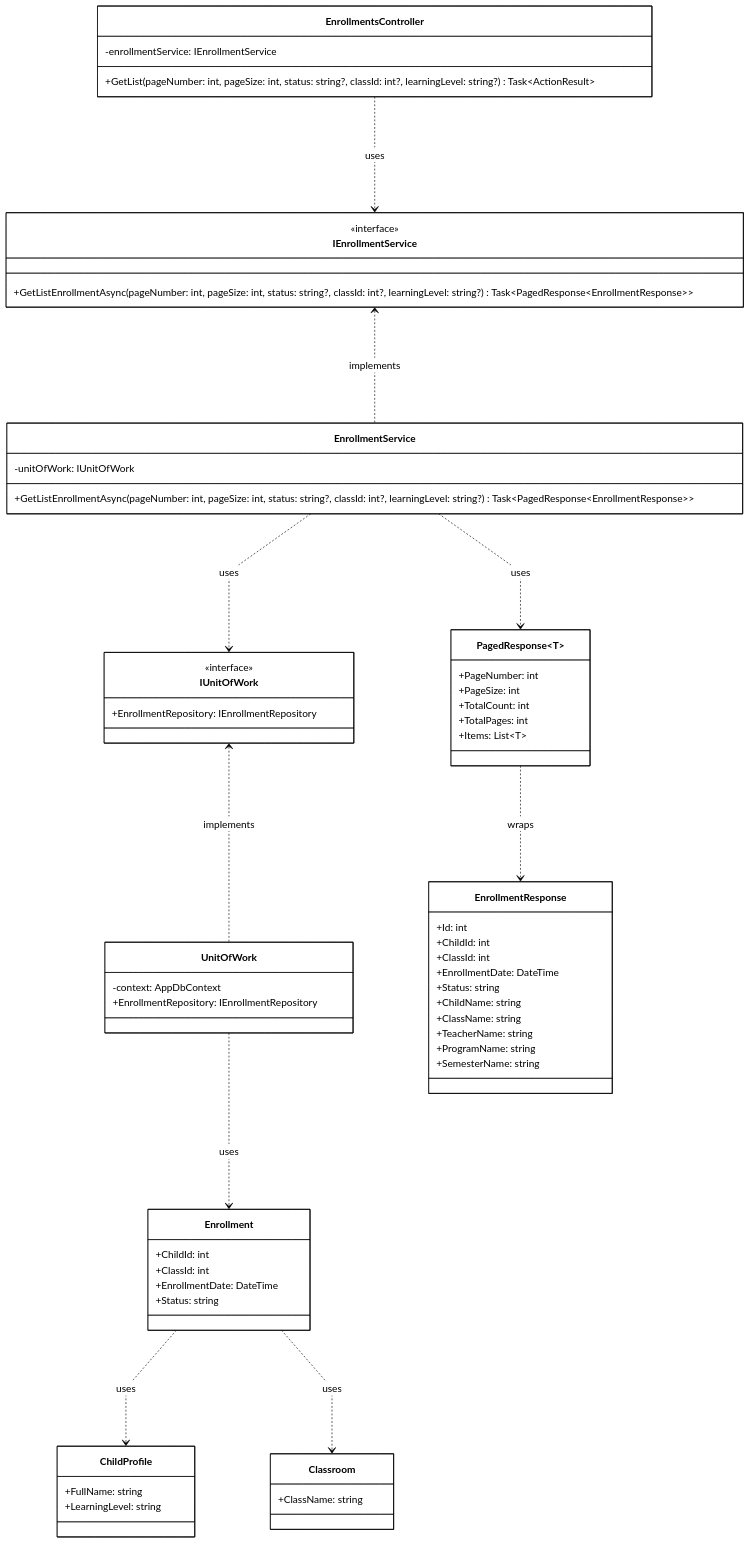
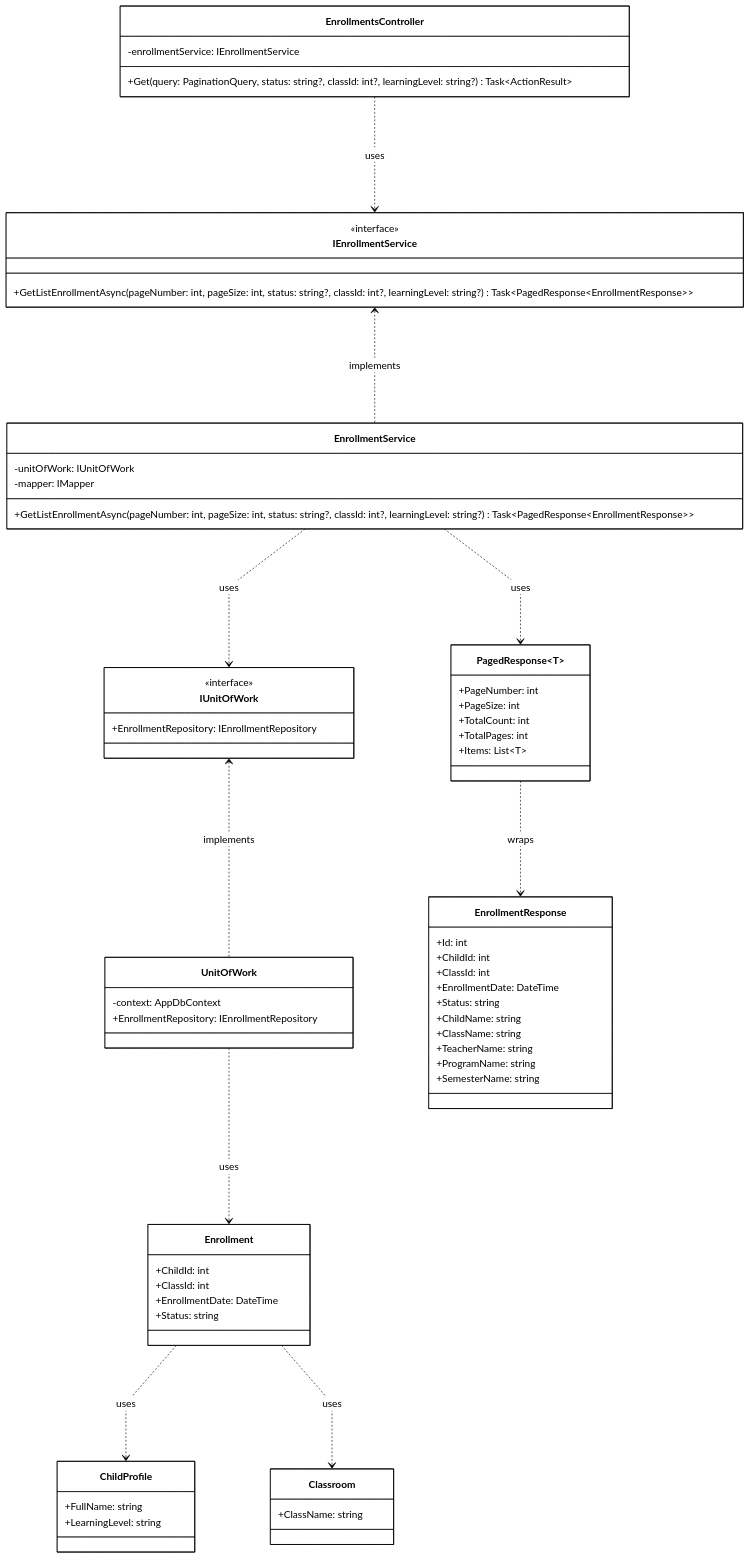
One commit to PhucAnDev/docx-diagram changed the diagram in 06-child-profile-enrollment/sequence-diagram/classes/get-list-enrollments.class.mmd. Above: the diagram before and after it, drawn with Mermaid. The commit also changed 11 other files, not shown here.

Commit message:
fix: update Module 06 class diagrams with correct IMapper fields, controller method names, and activations

```diff
--- a/06-child-profile-enrollment/sequence-diagram/classes/get-list-enrollments.class.mmd
+++ b/06-child-profile-enrollment/sequence-diagram/classes/get-list-enrollments.class.mmd
@@ -1,75 +1,76 @@
 %%{init: {'theme':'base', 'flowchart':{'nodeSpacing':120,'rankSpacing':160,'curve':'linear'}, 'themeVariables': {'mainBkg':'#ffffff','nodeBorder':'#000000','clusterBkg':'#ffffff','clusterBorder':'#000000','titleColor':'#000000','edgeLabelBackground':'#ffffff','classText':'#000000','lineColor':'#000000','primaryColor':'#ffffff','primaryTextColor':'#000000','primaryBorderColor':'#000000'}}}%%
 classDiagram
     direction TB
 
     class EnrollmentsController {
         -enrollmentService: IEnrollmentService
-        +GetList(pageNumber: int, pageSize: int, status: string?, classId: int?, learningLevel: string?) Task~ActionResult~
+        +Get(query: PaginationQuery, status: string?, classId: int?, learningLevel: string?) Task~ActionResult~
     }
 
     class IEnrollmentService {
         <<interface>>
         +GetListEnrollmentAsync(pageNumber: int, pageSize: int, status: string?, classId: int?, learningLevel: string?) Task~PagedResponse~EnrollmentResponse~~
     }
 
     class EnrollmentService {
         -unitOfWork: IUnitOfWork
+        -mapper: IMapper
         +GetListEnrollmentAsync(pageNumber: int, pageSize: int, status: string?, classId: int?, learningLevel: string?) Task~PagedResponse~EnrollmentResponse~~
     }
 
     class IUnitOfWork {
         <<interface>>
         +EnrollmentRepository: IEnrollmentRepository
     }
 
     class UnitOfWork {
         -context: AppDbContext
         +EnrollmentRepository: IEnrollmentRepository
     }
 
     class EnrollmentResponse {
         +Id: int
         +ChildId: int
         +ClassId: int
         +EnrollmentDate: DateTime
         +Status: string
         +ChildName: string
         +ClassName: string
         +TeacherName: string
         +ProgramName: string
         +SemesterName: string
     }
 
     class PagedResponse~T~ {
         +PageNumber: int
         +PageSize: int
         +TotalCount: int
         +TotalPages: int
         +Items: List~T~
     }
 
     class Enrollment {
         +ChildId: int
         +ClassId: int
         +EnrollmentDate: DateTime
         +Status: string
     }
 
     class ChildProfile {
         +FullName: string
         +LearningLevel: string
     }
 
     class Classroom {
         +ClassName: string
     }
 
     EnrollmentsController ..> IEnrollmentService : uses
     IEnrollmentService <.. EnrollmentService : implements
     EnrollmentService ..> IUnitOfWork : uses
     EnrollmentService ..> PagedResponse~EnrollmentResponse~ : uses
     PagedResponse~EnrollmentResponse~ ..> EnrollmentResponse : wraps
     IUnitOfWork <.. UnitOfWork : implements
     UnitOfWork ..> Enrollment : uses
     Enrollment ..> ChildProfile : uses
     Enrollment ..> Classroom : uses
```
